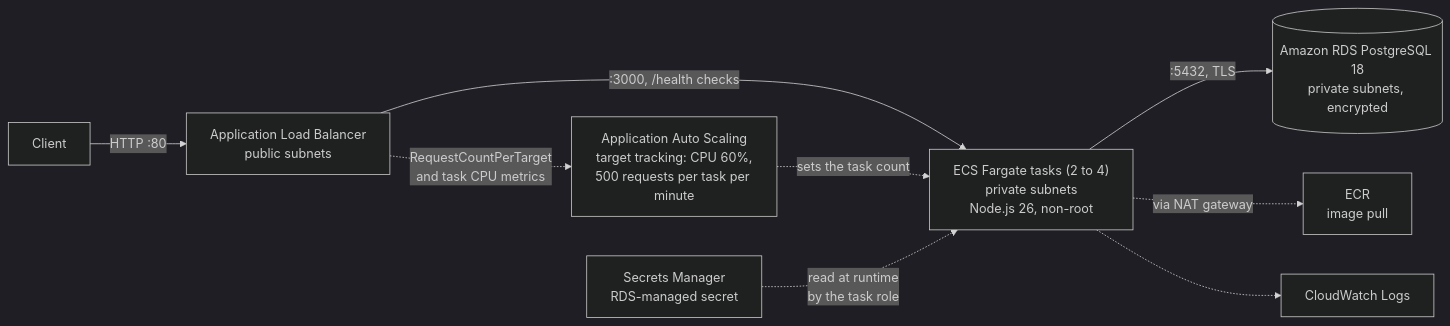
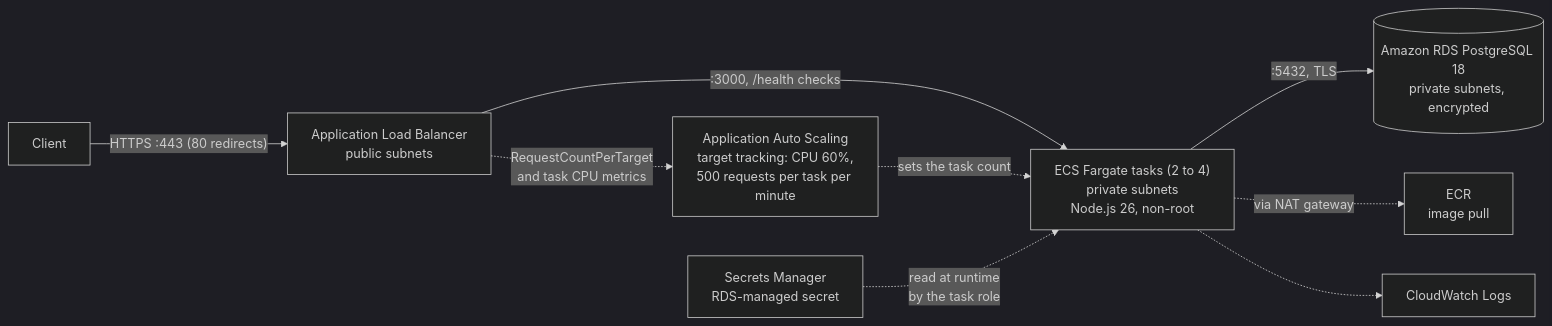
The first of 2 diagrams in README.md (bdahiya2007/secure-containerized-microservices-app-aws), drawn with Mermaid (dark theme) before and after one commit. The commit also changed other lines of this file and 6 other files, not shown here.

First line of the commit message:
Document HTTPS as applied and update the architecture diagrams

````diff
--- a/README.md
+++ b/README.md
@@ -19,11 +19,11 @@
 ```mermaid
 flowchart LR
-  C["Client"] -->|"HTTP :80"| ALB["Application Load Balancer<br/>public subnets"]
+  C["Client"] -->|"HTTPS :443 (80 redirects)"| ALB["Application Load Balancer<br/>public subnets"]
   ALB -->|":3000, /health checks"| T["ECS Fargate tasks (2 to 4)<br/>private subnets<br/>Node.js 26, non-root"]
   AS["Application Auto Scaling<br/>target tracking: CPU 60%,<br/>500 requests per task per minute"] -.->|"sets the task count"| T
   ALB -.->|"RequestCountPerTarget<br/>and task CPU metrics"| AS
   T -->|":5432, TLS"| DB[("Amazon RDS PostgreSQL 18<br/>private subnets, encrypted")]
   SM["Secrets Manager<br/>RDS-managed secret"] -.->|"read at runtime<br/>by the task role"| T
   T -.->|"via NAT gateway"| ECR["ECR<br/>image pull"]
   T -.-> CW["CloudWatch Logs"]
 ```
````
